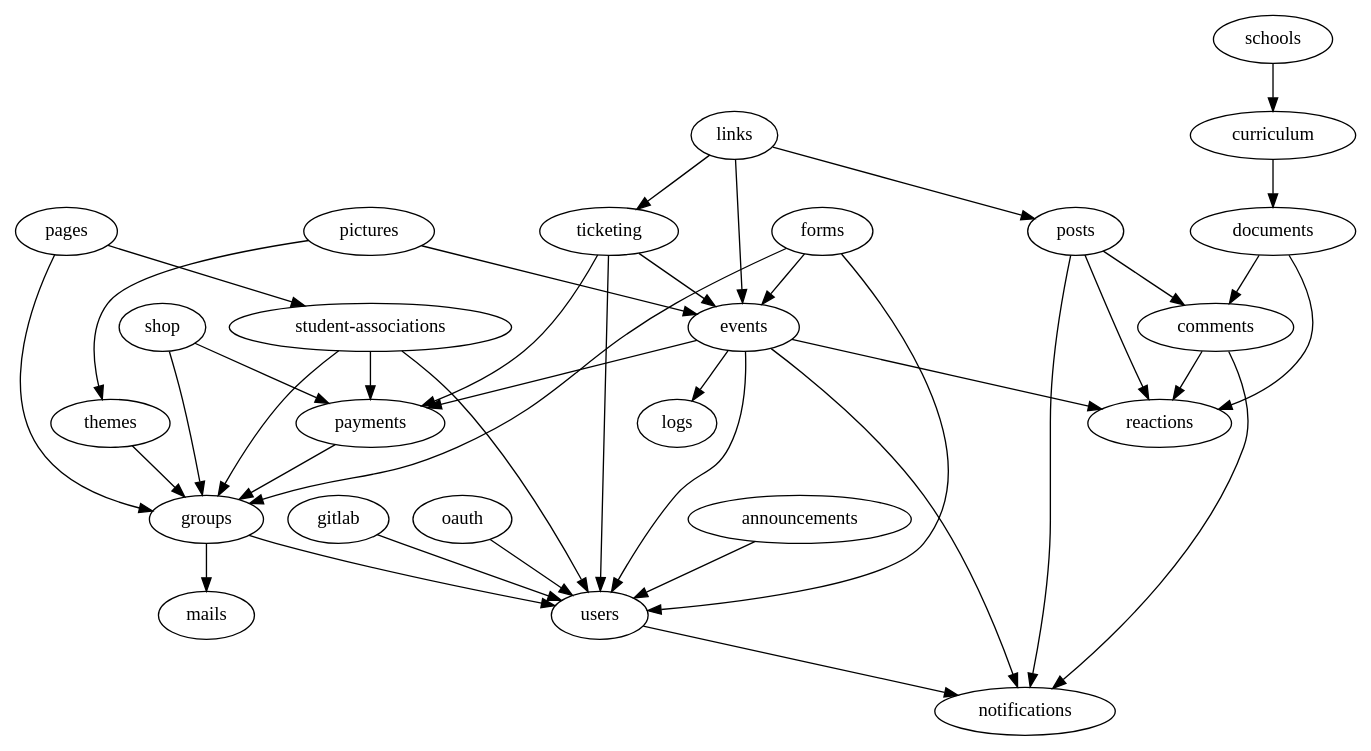
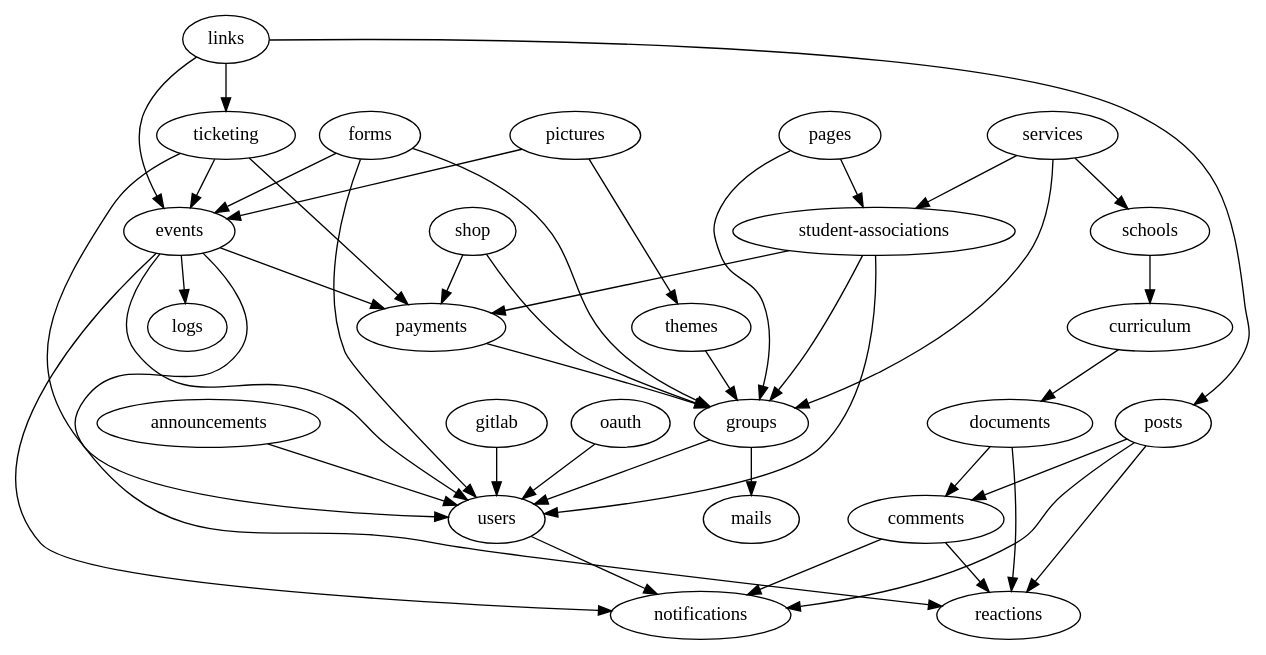
The diagram in packages/api/scripts/modules-import-graph.dot (inp-net/churros), drawn with Graphviz before and after one commit. The commit also changed 24 other files, not shown here.

```diff
--- a/packages/api/scripts/modules-import-graph.dot
+++ b/packages/api/scripts/modules-import-graph.dot
@@ -1,42 +1,45 @@
 strict digraph ImportGraph {
     "announcements" -> "users";
     "comments" -> "notifications";
     "comments" -> "reactions";
     "curriculum" -> "documents";
     "documents" -> "comments";
     "documents" -> "reactions";
     "events" -> "logs";
     "events" -> "notifications";
     "events" -> "payments";
     "events" -> "reactions";
     "events" -> "users";
     "forms" -> "events";
     "forms" -> "groups";
     "forms" -> "users";
     "gitlab" -> "users";
     "groups" -> "mails";
     "groups" -> "users";
     "links" -> "events";
     "links" -> "posts";
     "links" -> "ticketing";
     "oauth" -> "users";
     "pages" -> "groups";
     "pages" -> "student-associations";
     "payments" -> "groups";
     "pictures" -> "events";
     "pictures" -> "themes";
     "posts" -> "comments";
     "posts" -> "notifications";
     "posts" -> "reactions";
     "schools" -> "curriculum";
+    "services" -> "groups";
+    "services" -> "schools";
+    "services" -> "student-associations";
     "shop" -> "groups";
     "shop" -> "payments";
     "student-associations" -> "groups";
     "student-associations" -> "payments";
     "student-associations" -> "users";
     "themes" -> "groups";
     "ticketing" -> "events";
     "ticketing" -> "payments";
     "ticketing" -> "users";
     "users" -> "notifications";
 }
```
